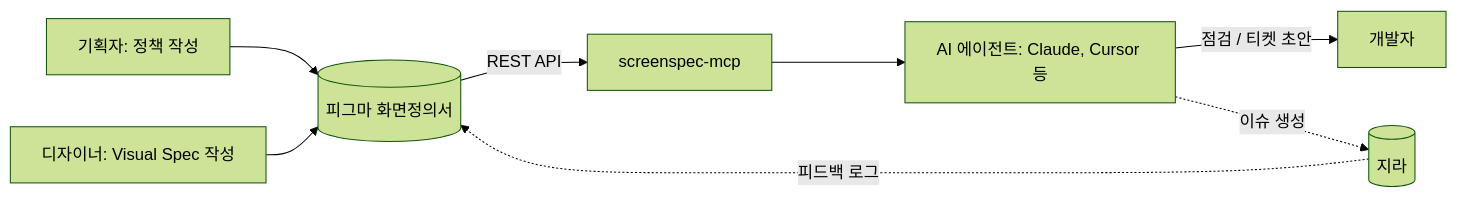
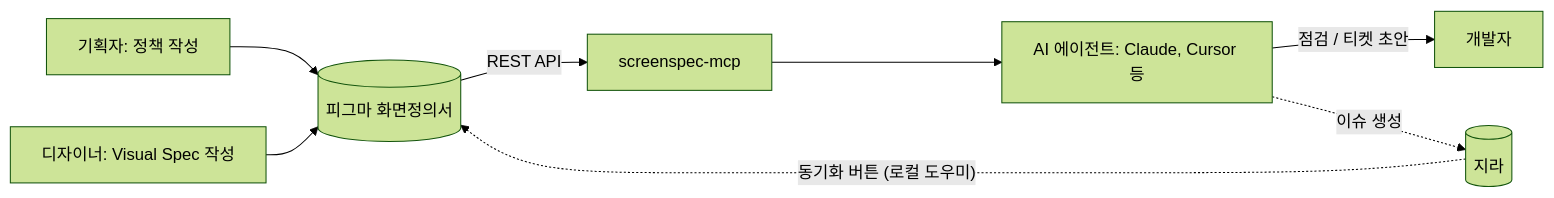
The diagram in README.ko.md (cherryeongyeo/screenspec-mcp), drawn with Mermaid (forest theme) before and after one commit. The commit also changed other lines of this file and 11 other files, not shown here.

````diff
--- a/README.ko.md
+++ b/README.ko.md
@@ -211,10 +226,10 @@
 ```mermaid
 flowchart LR
   PM[기획자: 정책 작성] --> F[(피그마 화면정의서)]
   D[디자이너: Visual Spec 작성] --> F
   F -- REST API --> S[screenspec-mcp]
   S --> A[AI 에이전트: Claude, Cursor 등]
   A -- 점검 / 티켓 초안 --> DEV[개발자]
   A -. 이슈 생성 .-> J[(지라)]
-  J -. 피드백 로그 .-> F
+  J -. 동기화 버튼 (로컬 도우미) .-> F
 ```
````
